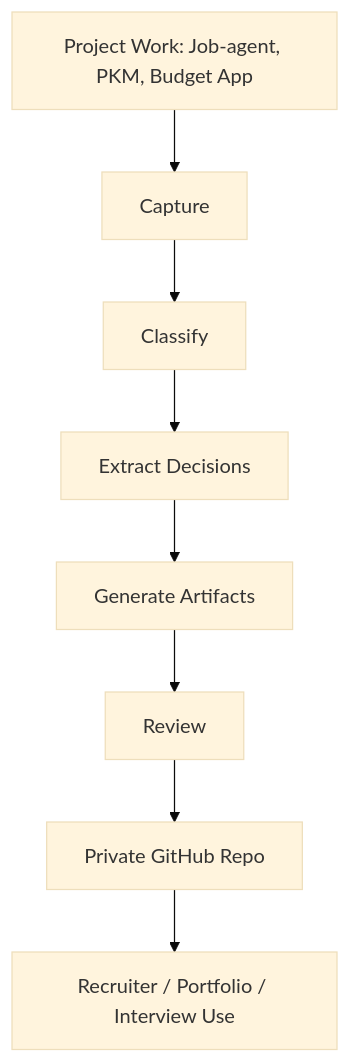
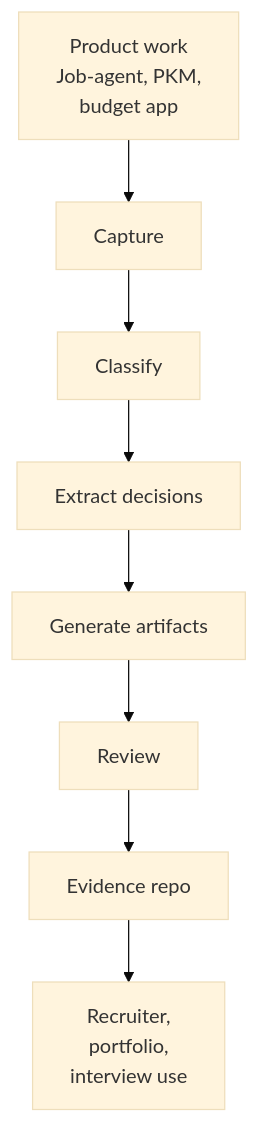
The diagram in PORTFOLIO_CASE_STUDY.md (marcus-uden-dev/ai-native-proof-of-work), drawn with Mermaid (base theme) before and after one commit. The commit also changed other lines of this file and 78 other files, not shown here.

Commit message:
Reframe strategy and diagrams around project proof

````diff
--- a/PORTFOLIO_CASE_STUDY.md
+++ b/PORTFOLIO_CASE_STUDY.md
@@ -49,10 +49,10 @@
 ```mermaid
 flowchart TD
-    A[Project Work: Job-agent, PKM, Budget App] --> B[Capture]
-    B --> C[Classify]
-    C --> D[Extract Decisions]
-    D --> E[Generate Artifacts]
-    E --> F[Review]
-    F --> G[Private GitHub Repo]
-    G --> H[Recruiter / Portfolio / Interview Use]
+    A["Product work<br/>Job-agent, PKM,<br/>budget app"] --> B["Capture"]
+    B --> C["Classify"]
+    C --> D["Extract decisions"]
+    D --> E["Generate artifacts"]
+    E --> F["Review"]
+    F --> G["Evidence repo"]
+    G --> H["Recruiter,<br/>portfolio,<br/>interview use"]
 ```
````
